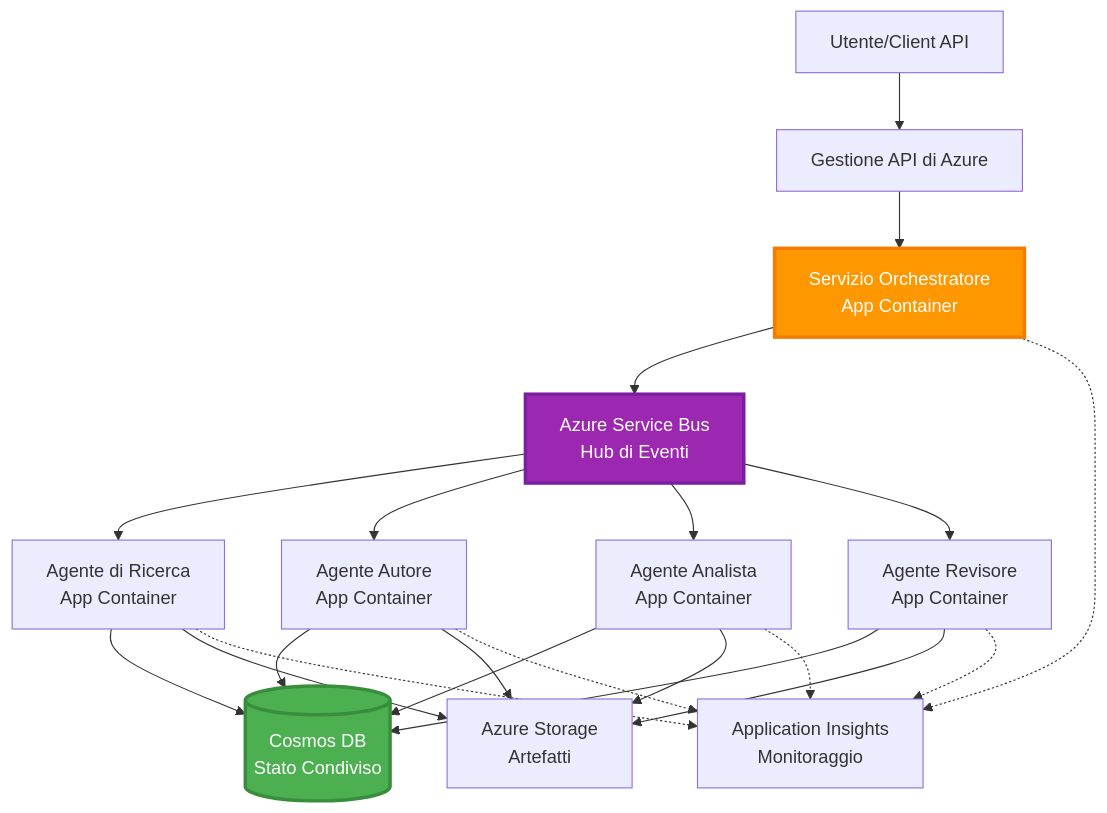
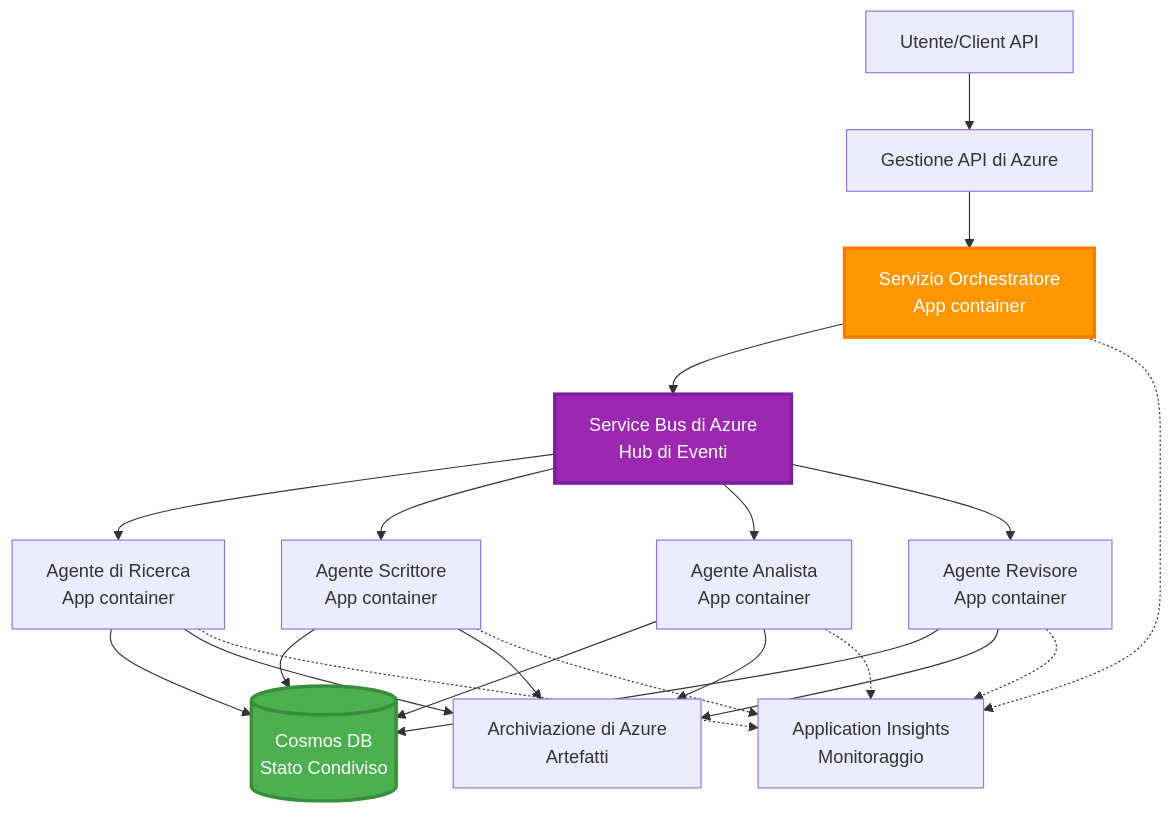
One commit to microsoft/AZD-for-beginners changed the fifth of 5 diagrams in translations/it/docs/chapter-06-pre-deployment/coordination-patterns.md. Above: the diagram before and after it, drawn with Mermaid. The commit also changed other lines of this file and 101 other files, not shown here.

````diff
--- a/translations/it/docs/chapter-06-pre-deployment/coordination-patterns.md
+++ b/translations/it/docs/chapter-06-pre-deployment/coordination-patterns.md
@@ -272,45 +265,45 @@
 ```mermaid
 graph TB
     User[Utente/Client API]
     APIM[Gestione API di Azure]
-    Orchestrator[Servizio Orchestratore<br/>App Container]
-    ServiceBus[Azure Service Bus<br/>Hub di Eventi]
+    Orchestrator[Servizio Orchestratore<br/>App container]
+    ServiceBus[Service Bus di Azure<br/>Hub di Eventi]
     
-    Agent1[Agente di Ricerca<br/>App Container]
-    Agent2[Agente Autore<br/>App Container]
-    Agent3[Agente Analista<br/>App Container]
-    Agent4[Agente Revisore<br/>App Container]
+    Agent1[Agente di Ricerca<br/>App container]
+    Agent2[Agente Scrittore<br/>App container]
+    Agent3[Agente Analista<br/>App container]
+    Agent4[Agente Revisore<br/>App container]
     
     CosmosDB[(Cosmos DB<br/>Stato Condiviso)]
-    Storage[Azure Storage<br/>Artefatti]
+    Storage[Archiviazione di Azure<br/>Artefatti]
     AppInsights[Application Insights<br/>Monitoraggio]
     
     User --> APIM
     APIM --> Orchestrator
     
     Orchestrator --> ServiceBus
     ServiceBus --> Agent1
     ServiceBus --> Agent2
     ServiceBus --> Agent3
     ServiceBus --> Agent4
     
     Agent1 --> CosmosDB
     Agent2 --> CosmosDB
     Agent3 --> CosmosDB
     Agent4 --> CosmosDB
     
     Agent1 --> Storage
     Agent2 --> Storage
     Agent3 --> Storage
     Agent4 --> Storage
     
     Orchestrator -.-> AppInsights
     Agent1 -.-> AppInsights
     Agent2 -.-> AppInsights
     Agent3 -.-> AppInsights
     Agent4 -.-> AppInsights
     
     style Orchestrator fill:#FF9800,stroke:#F57C00,stroke-width:3px,color:#fff
     style ServiceBus fill:#9C27B0,stroke:#7B1FA2,stroke-width:3px,color:#fff
     style CosmosDB fill:#4CAF50,stroke:#388E3C,stroke-width:3px,color:#fff
 ```
````
